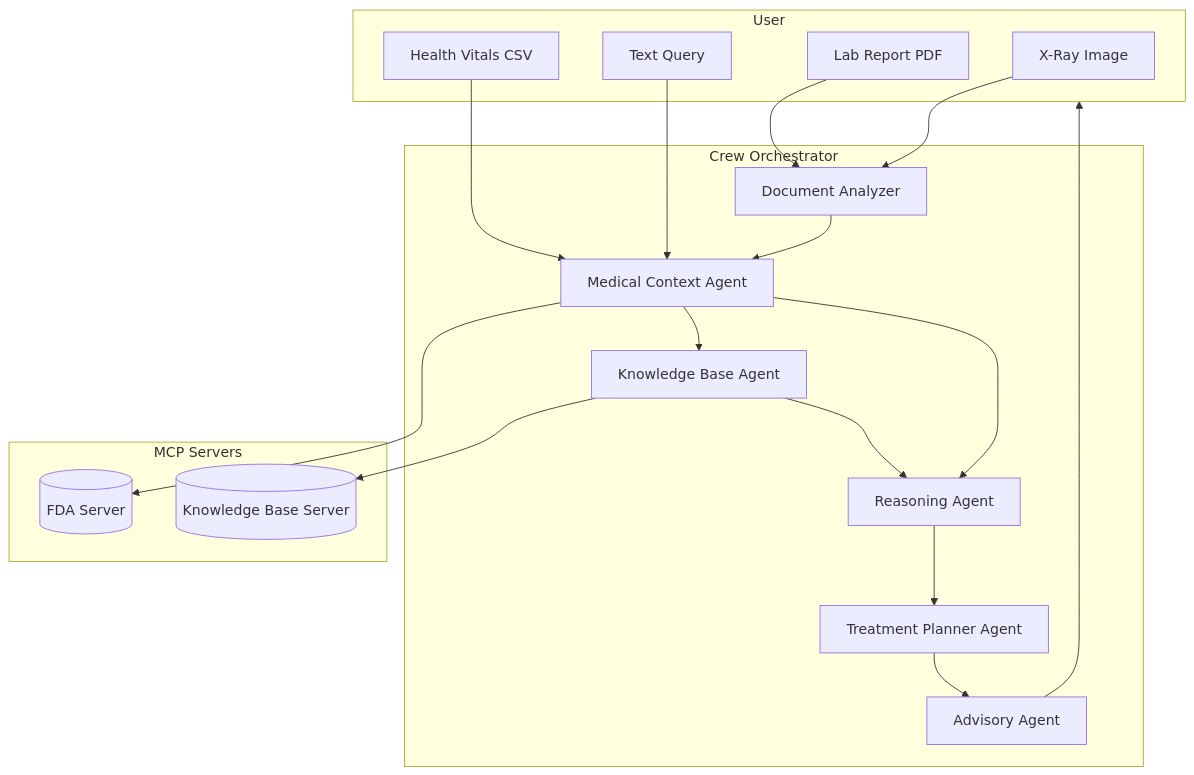
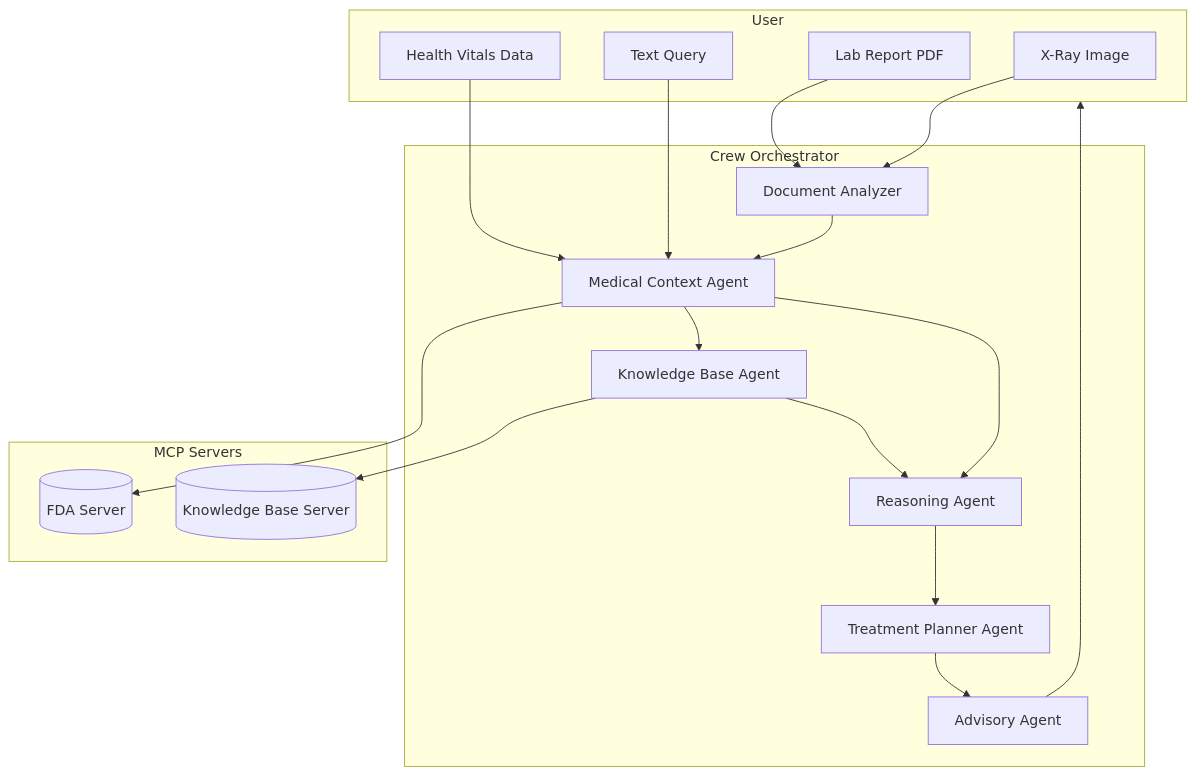
One commit to Tushar-VIQ/CareCrew changed the diagram in README.md. Above: the diagram before and after it, drawn with Mermaid. The commit also changed other lines of this file, not shown here.

````diff
--- a/README.md
+++ b/README.md
@@ -56,38 +56,38 @@
 ```mermaid
 flowchart TD
     subgraph User["User"]
         A[Lab Report PDF]
         B[X-Ray Image]
-        C[Health Vitals CSV]
+        C[Health Vitals Data]
         D[Text Query]
     end
 
     subgraph Orchestrator["Crew Orchestrator"]
         E1[Document Analyzer]
         E2[Medical Context Agent]
         E3[Knowledge Base Agent]
         E4[Reasoning Agent]
         E5[Treatment Planner Agent]
         E6[Advisory Agent]
     end
 
     subgraph MCP["MCP Servers"]
         M1[(FDA Server)]
         M2[(Knowledge Base Server)]
     end
 
     A --> E1
     B --> E1
     C --> E2
     D --> E2
     E1 --> E2
     E2 --> E3
     E3 --> M2
     E2 --> M1
     E3 --> E4
     E2 --> E4
     E4 --> E5
     E5 --> E6
     E6 --> User
 
 ```
````
